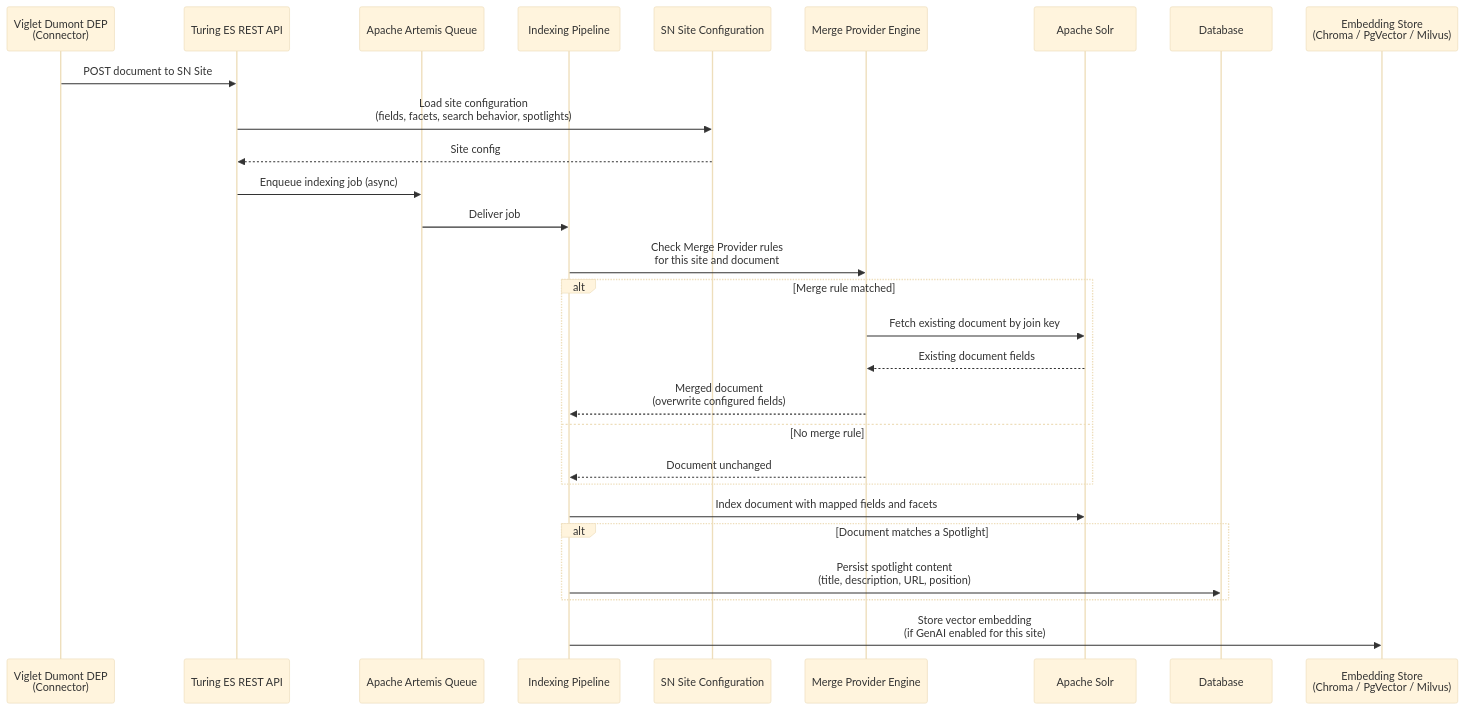
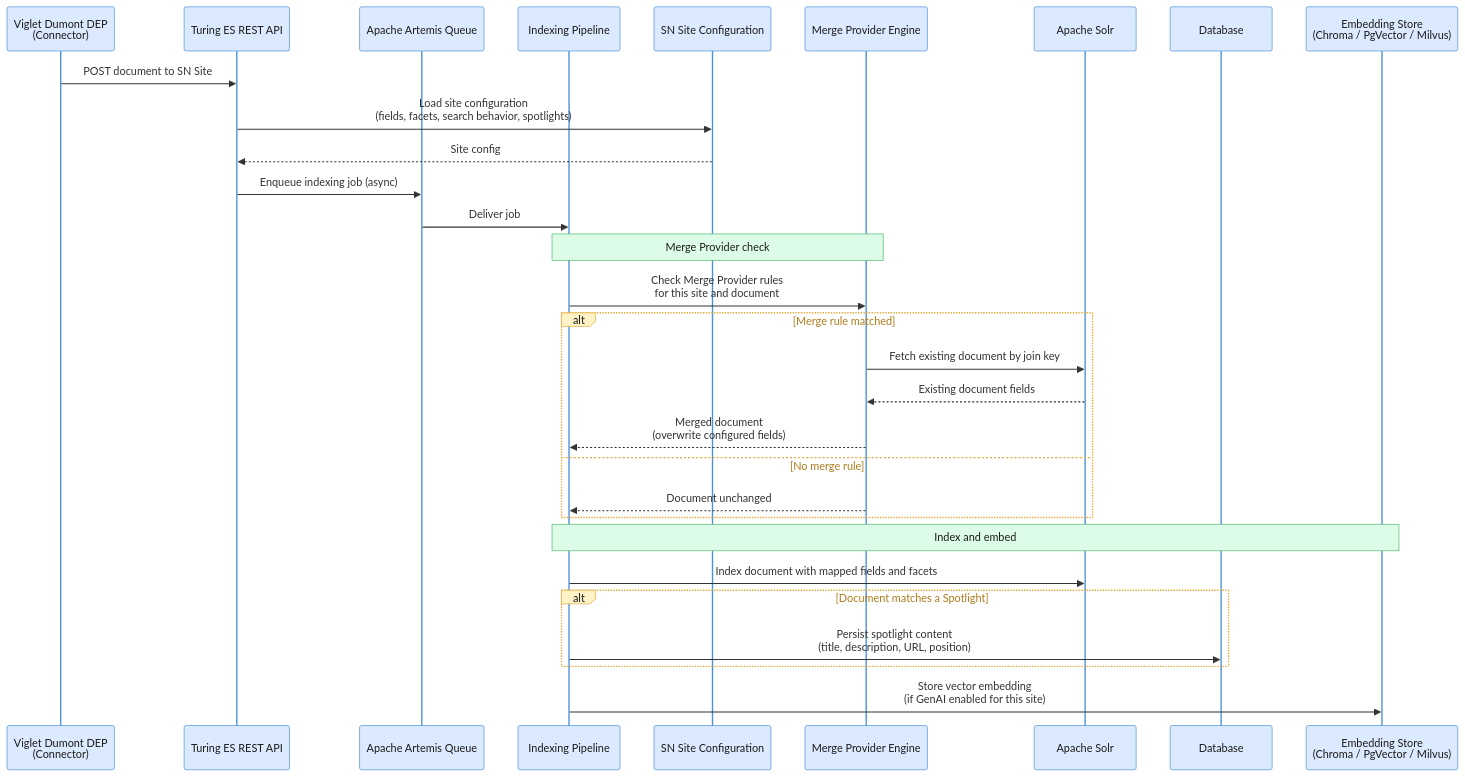
The diagram in diagrams/turing-indexing-flow.mmd (openviglet/docs), drawn with Mermaid before and after one commit. The commit also changed 49 other files, not shown here.

First line of the commit message:
Standardize Mermaid diagrams and conventions

```diff
--- a/diagrams/turing-indexing-flow.mmd
+++ b/diagrams/turing-indexing-flow.mmd
@@ -1,32 +1,36 @@
-%%{init: {'theme': 'base', 'themeVariables': {'fontSize': '13px'}}}%%
+%%{init: {'theme': 'base', 'themeVariables': {'fontSize': '13px', 'actorBkg': '#dbeafe', 'actorBorder': '#4A90D9', 'actorTextColor': '#1a1a1a', 'activationBkgColor': '#ede9fe', 'activationBorderColor': '#9B6EC5', 'labelBoxBkgColor': '#fef3c7', 'labelBoxBorderColor': '#E8A838', 'labelTextColor': '#1a1a1a', 'loopTextColor': '#b07a1a', 'noteBkgColor': '#dcfce7', 'noteBorderColor': '#50B86C', 'noteTextColor': '#1a1a1a', 'signalColor': '#333', 'signalTextColor': '#333'}}}%%
 sequenceDiagram
     participant Dumont as Viglet Dumont DEP<br/>(Connector)
     participant API as Turing ES REST API
     participant Artemis as Apache Artemis Queue
     participant Pipeline as Indexing Pipeline
     participant SNSite as SN Site Configuration
     participant Merge as Merge Provider Engine
     participant Solr as Apache Solr
     participant DB as Database
     participant Emb as Embedding Store<br/>(Chroma / PgVector / Milvus)
 
     Dumont->>API: POST document to SN Site
     API->>SNSite: Load site configuration<br/>(fields, facets, search behavior, spotlights)
     SNSite-->>API: Site config
     API->>Artemis: Enqueue indexing job (async)
     Artemis->>Pipeline: Deliver job
 
+    Note over Pipeline,Merge: Merge Provider check
+
     Pipeline->>Merge: Check Merge Provider rules<br/>for this site and document
     alt Merge rule matched
         Merge->>Solr: Fetch existing document by join key
         Solr-->>Merge: Existing document fields
         Merge-->>Pipeline: Merged document<br/>(overwrite configured fields)
     else No merge rule
         Merge-->>Pipeline: Document unchanged
     end
 
+    Note over Pipeline,Emb: Index and embed
+
     Pipeline->>Solr: Index document with mapped fields and facets
     alt Document matches a Spotlight
         Pipeline->>DB: Persist spotlight content<br/>(title, description, URL, position)
     end
     Pipeline->>Emb: Store vector embedding<br/>(if GenAI enabled for this site)
```
